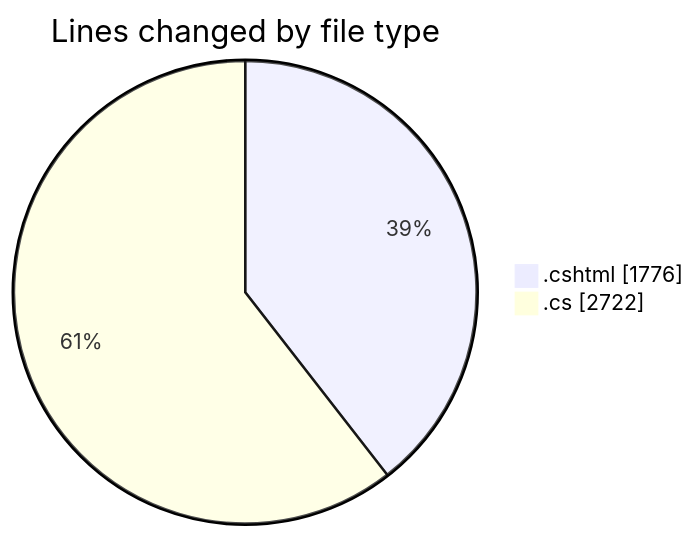
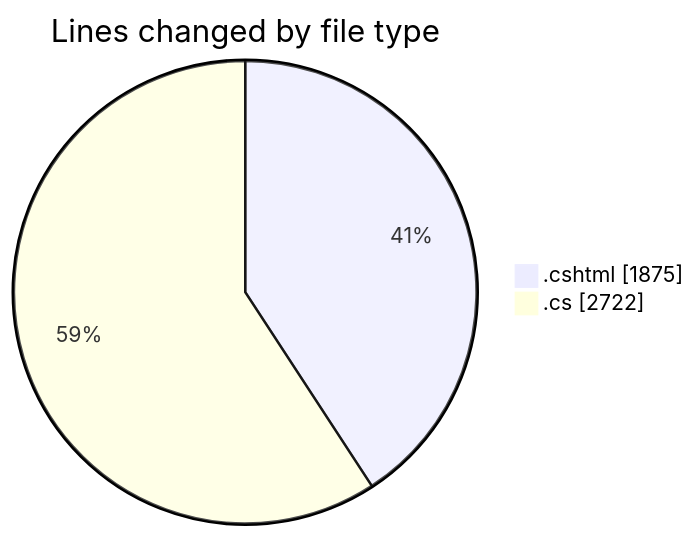
One commit to lephambinh05/code-tracking changed the first of 2 diagrams in 2025-07-17/nhahang/README.md. Above: the diagram before and after it, drawn with Mermaid. The commit also changed other lines of this file and 1 other file, not shown here.

````diff
--- a/2025-07-17/nhahang/README.md
+++ b/2025-07-17/nhahang/README.md
@@ -66,6 +67,6 @@
 ```mermaid
 pie showData
 title Lines changed by file type
-".cshtml" : 1776
+".cshtml" : 1875
 ".cs" : 2722
 ```
````
